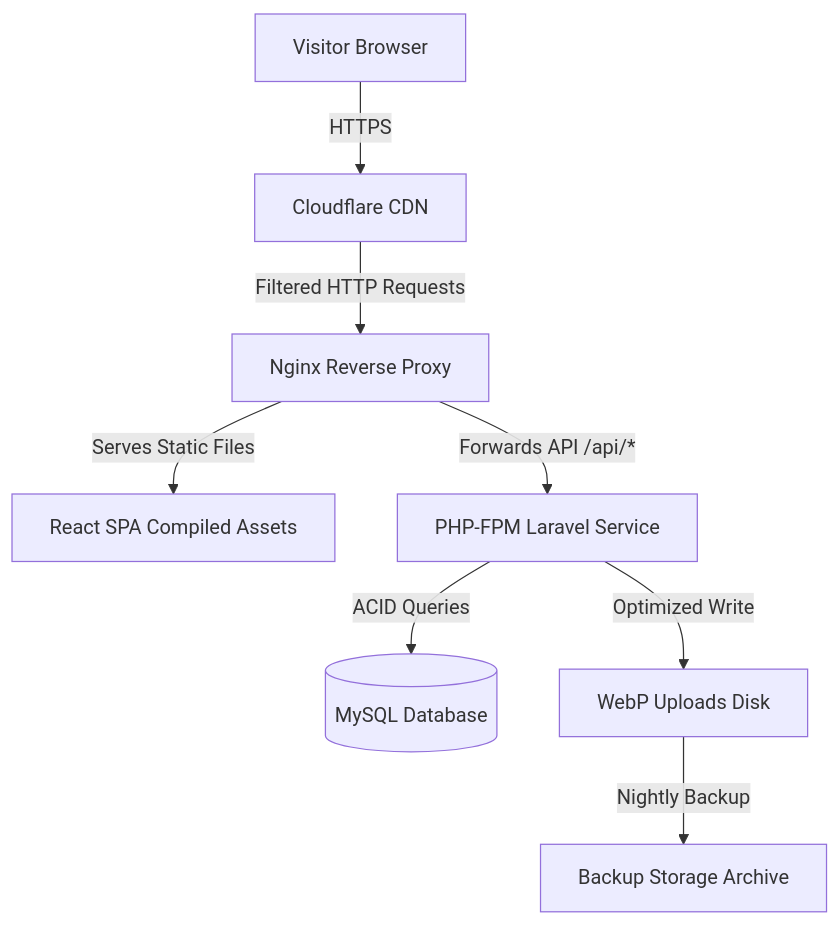
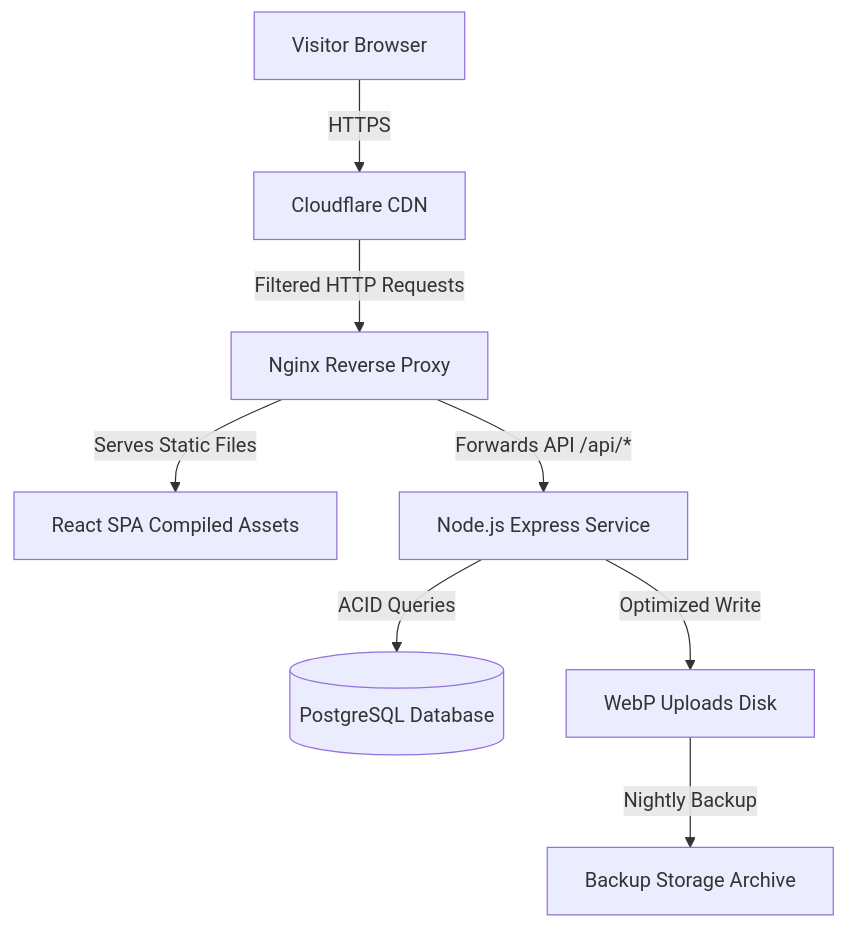
Before and after one commit to bitsy6699/WebDesa: the first of 3 diagrams in docs/engineering/DEPLOYMENT.md, drawn with Mermaid. The commit also changed other lines of this file and 545 other files, not shown here.

First line of the commit message:
migrate: Laravel → Node.js (Express + Prisma), TSX → JSX, experience redesign

````diff
--- a/docs/engineering/DEPLOYMENT.md
+++ b/docs/engineering/DEPLOYMENT.md
@@ -37,10 +37,10 @@
 ```mermaid
 graph TD
     User[Visitor Browser] -->|HTTPS| CF[Cloudflare CDN]
     CF -->|Filtered HTTP Requests| Nginx[Nginx Reverse Proxy]
     Nginx -->|Serves Static Files| ReactBuild[React SPA Compiled Assets]
-    Nginx -->|Forwards API /api/*| PHP[PHP-FPM Laravel Service]
-    PHP -->|ACID Queries| DB[(MySQL Database)]
-    PHP -->|Optimized Write| Disk[WebP Uploads Disk]
+    Nginx -->|Forwards API /api/*| Node[Node.js Express Service]
+    Node -->|ACID Queries| DB[(PostgreSQL Database)]
+    Node -->|Optimized Write| Disk[WebP Uploads Disk]
     Disk -->|Nightly Backup| Sync[Backup Storage Archive]
 ```
````
